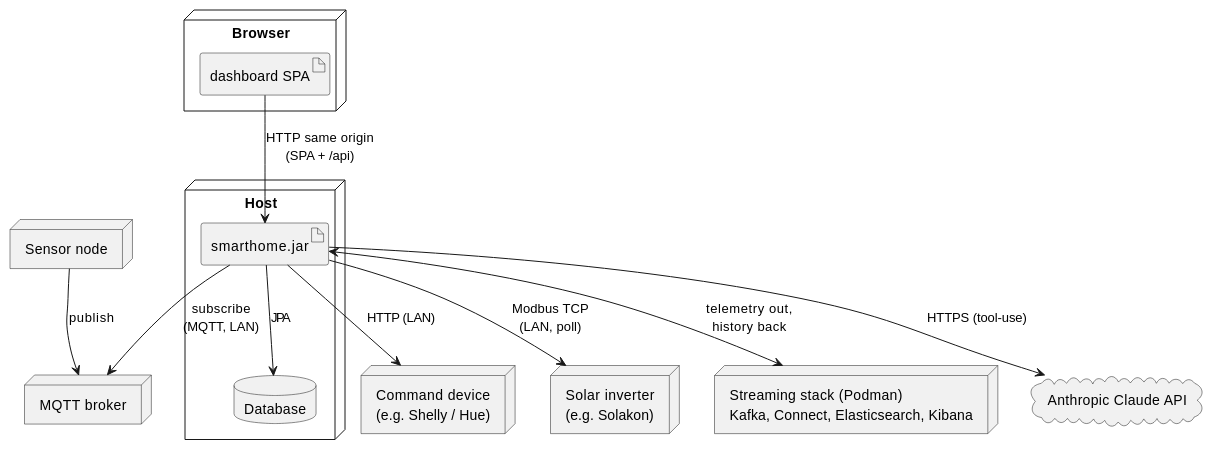
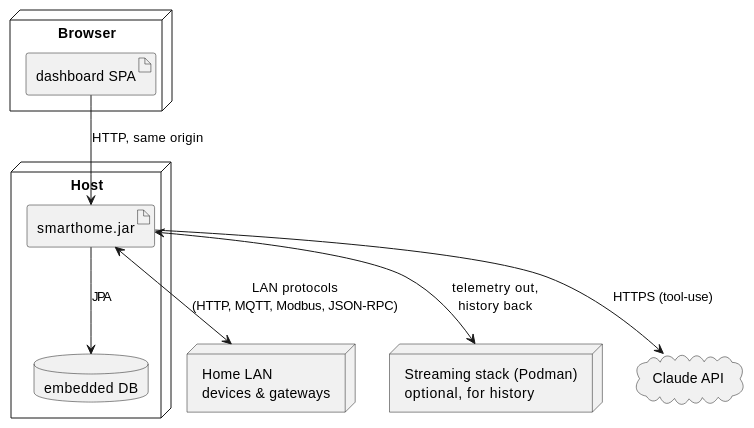
Before and after one commit to FelixGeisler/SmartHome: the diagram in docs/modules/ROOT/pages/07-deployment-view.adoc, drawn with PlantUML. The commit also changed other lines of this file and 2 other files, not shown here.

```diff
--- a/docs/modules/ROOT/pages/07-deployment-view.adoc
+++ b/docs/modules/ROOT/pages/07-deployment-view.adoc
@@ -8,28 +8,23 @@
 [plantuml,deployment,svg]
 ----
 @startuml
 skinparam componentStyle rectangle
+
 node "Browser" {
   artifact "dashboard SPA" as spa
 }
 node "Host" {
   artifact "smarthome.jar" as app
-  database "Database" as db
+  database "embedded DB" as db
 }
-node "Command device\n(e.g. Shelly / Hue)" as plug
-node "Sensor node" as sensor
-node "MQTT broker" as broker
-node "Solar inverter\n(e.g. Solakon)" as inverter
-node "Streaming stack (Podman)\nKafka, Connect, Elasticsearch, Kibana" as stack
-cloud "Anthropic Claude API" as claude
+node "Home LAN\ndevices & gateways" as lan
+node "Streaming stack (Podman)\noptional, for history" as stack
+cloud "Claude API" as claude
 
+spa --> app : HTTP, same origin
 app --> db : JPA
-spa --> app : HTTP same origin\n(SPA + /api)
-app --> plug : HTTP (LAN)
-app --> inverter : Modbus TCP\n(LAN, poll)
-sensor --> broker : publish
-app --> broker : subscribe\n(MQTT, LAN)
+app <--> lan : LAN protocols\n(HTTP, MQTT, Modbus, JSON-RPC)
 app <--> stack : telemetry out,\nhistory back
 app --> claude : HTTPS (tool-use)
 @enduml
 ----
```
